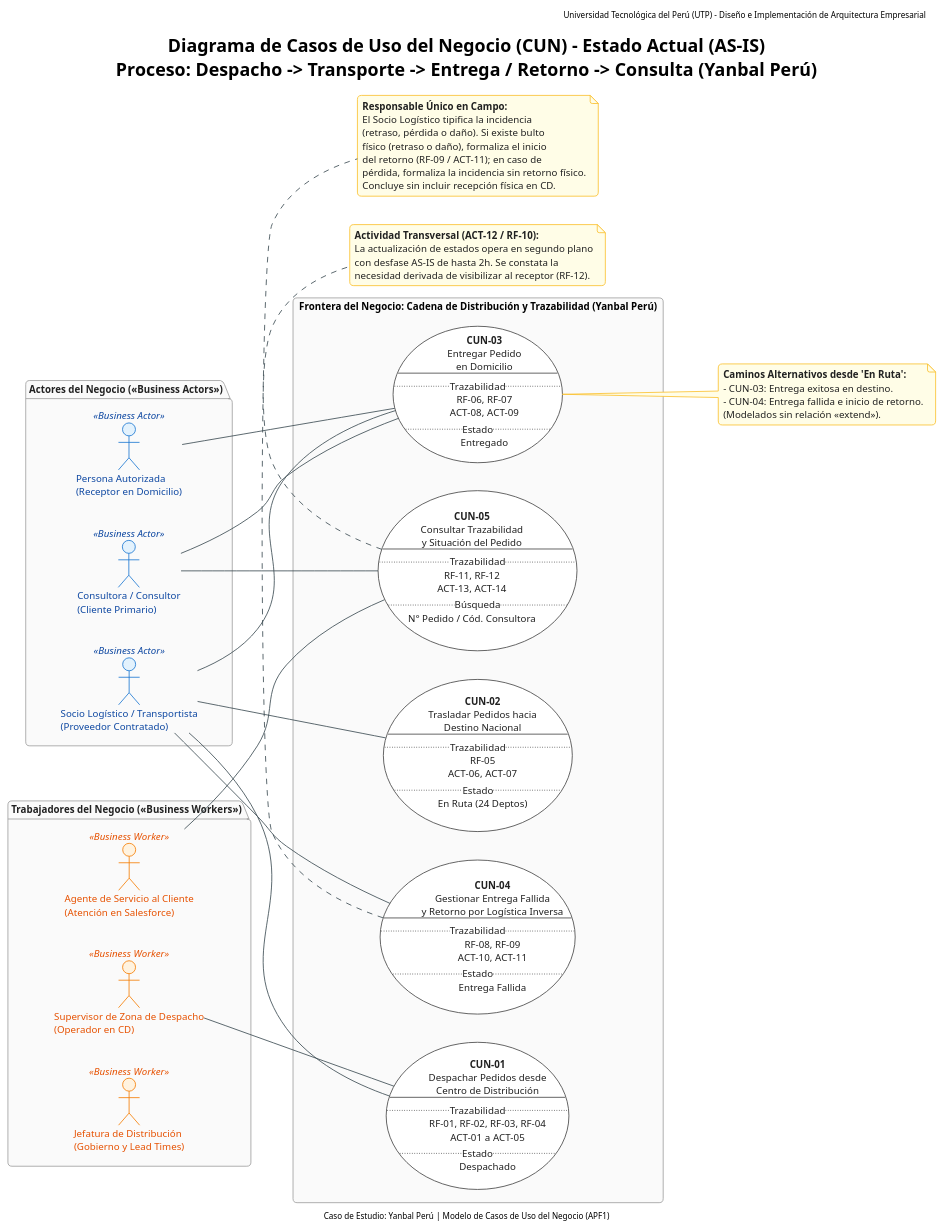
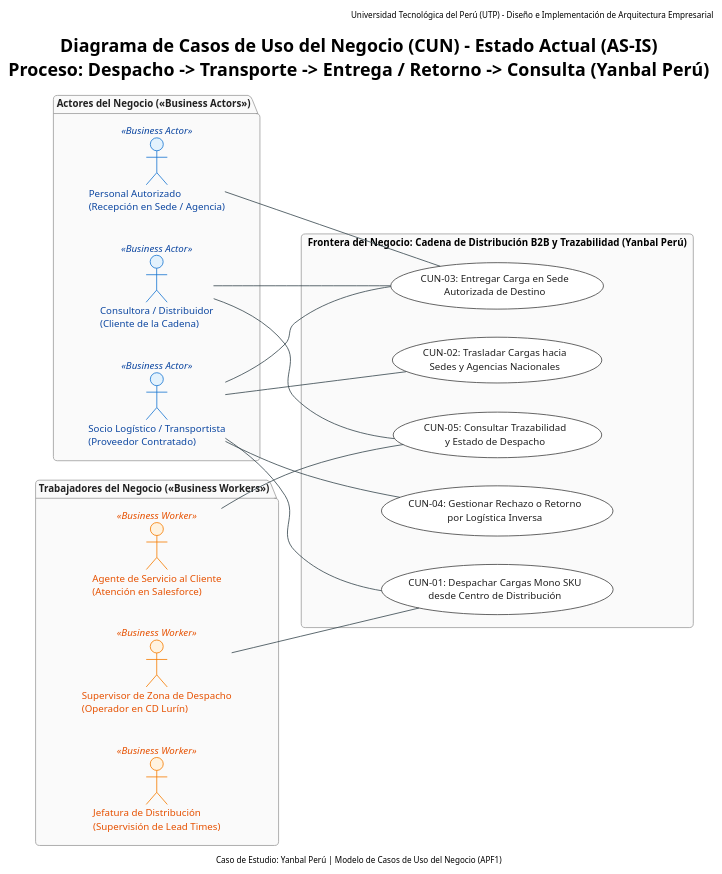
One commit to SaraviaH/arq-emp changed the fourth of 4 diagrams in arq-emp AS-IS/Diagrama de Casos de Uso del Negocio (CUN)/01 - Diagrama General de Casos de Uso del Negocio (CUN).md. Above: the diagram before and after it, drawn with PlantUML. The commit also changed other lines of this file and 36 other files, not shown here.

````diff
--- a/arq-emp AS-IS/Diagrama de Casos de Uso del Negocio (CUN)/01 - Diagrama General de Casos de Uso del Negocio (CUN).md
+++ b/arq-emp AS-IS/Diagrama de Casos de Uso del Negocio (CUN)/01 - Diagrama General de Casos de Uso del Negocio (CUN).md
@@ -177,5 +177,5 @@
 ```plantuml
-@startuml CUN_Diagrama_General_Yanbal
+@startuml CUN_Diagrama_General
 !theme plain
 skinparam shadowing false
 skinparam roundcorner 10
@@ -207,12 +207,6 @@
     FontColor #212121
 }
 
-skinparam note {
-    BackgroundColor #FFFDE7
-    BorderColor #FBC02D
-    FontColor #212121
-}
-
 left to right direction
 
 header Universidad Tecnológica del Perú (UTP) - Diseño e Implementación de Arquitectura Empresarial
@@ -222,8 +216,8 @@
 ' ACTORES DEL NEGOCIO (EXTERNOS)
 ' =======================================================
 package "Actores del Negocio («Business Actors»)" as PkgActores {
-    actor "Consultora / Consultor\n(Cliente Primario)" as ActorConsultora <<Business Actor>>
-    actor "Persona Autorizada\n(Receptor en Domicilio)" as ActorPersonaAutorizada <<Business Actor>>
+    actor "Consultora / Distribuidor\n(Cliente de la Cadena)" as ActorConsultora <<Business Actor>>
+    actor "Personal Autorizado\n(Recepción en Sede / Agencia)" as ActorPersonaAutorizada <<Business Actor>>
     actor "Socio Logístico / Transportista\n(Proveedor Contratado)" as ActorSocio <<Business Actor>>
 }
 
@@ -231,30 +225,29 @@
 ' TRABAJADORES DEL NEGOCIO (INTERNOS)
 ' =======================================================
 package "Trabajadores del Negocio («Business Workers»)" as PkgTrabajadores {
-    actor "Supervisor de Zona de Despacho\n(Operador en CD)" as WorkerSupervisor <<Business Worker>>
+    actor "Supervisor de Zona de Despacho\n(Operador en CD Lurín)" as WorkerSupervisor <<Business Worker>>
     actor "Agente de Servicio al Cliente\n(Atención en Salesforce)" as WorkerAgente <<Business Worker>>
-    actor "Jefatura de Distribución\n(Gobierno y Lead Times)" as WorkerJefatura <<Business Worker>>
+    actor "Jefatura de Distribución\n(Supervisión de Lead Times)" as WorkerJefatura <<Business Worker>>
 }
 
 ' =======================================================
 ' FRONTERA DEL SISTEMA DEL NEGOCIO (5 CUN)
 ' =======================================================
-rectangle "Frontera del Negocio: Cadena de Distribución y Trazabilidad (Yanbal Perú)" as SistemaNegocio {
+rectangle "Frontera del Negocio: Cadena de Distribución B2B y Trazabilidad (Yanbal Perú)" as SistemaNegocio {
     
-    usecase "<b>CUN-01</b>\nDespachar Pedidos desde\nCentro de Distribución\n---\n..Trazabilidad..\nRF-01, RF-02, RF-03, RF-04\nACT-01 a ACT-05\n..Estado..\nDespachado" as CUN01
+    usecase "CUN-01: Despachar Cargas Mono SKU\ndesde Centro de Distribución" as CUN01
     
-    usecase "<b>CUN-02</b>\nTrasladar Pedidos hacia\nDestino Nacional\n---\n..Trazabilidad..\nRF-05\nACT-06, ACT-07\n..Estado..\nEn Ruta (24 Deptos)" as CUN02
+    usecase "CUN-02: Trasladar Cargas hacia\nSedes y Agencias Nacionales" as CUN02
     
-    usecase "<b>CUN-03</b>\nEntregar Pedido\nen Domicilio\n---\n..Trazabilidad..\nRF-06, RF-07\nACT-08, ACT-09\n..Estado..\nEntregado" as CUN03
+    usecase "CUN-03: Entregar Carga en Sede\nAutorizada de Destino" as CUN03
     
-    usecase "<b>CUN-04</b>\nGestionar Entrega Fallida\ny Retorno por Logística Inversa\n---\n..Trazabilidad..\nRF-08, RF-09\nACT-10, ACT-11\n..Estado..\nEntrega Fallida" as CUN04
+    usecase "CUN-04: Gestionar Rechazo o Retorno\npor Logística Inversa" as CUN04
     
-    usecase "<b>CUN-05</b>\nConsultar Trazabilidad\ny Situación del Pedido\n---\n..Trazabilidad..\nRF-11, RF-12\nACT-13, ACT-14\n..Búsqueda..\nN° Pedido / Cód. Consultora" as CUN05
+    usecase "CUN-05: Consultar Trazabilidad\ny Estado de Despacho" as CUN05
 }
 
 ' =======================================================
 ' RELACIONES DE ASOCIACIÓN (ACTORES <-> CUN)
-' Asociaciones estándar UML (sin direccionalidad de flujo)
 ' =======================================================
 WorkerSupervisor -- CUN01
 ActorSocio -- CUN01
@@ -270,31 +263,6 @@
 ActorConsultora -- CUN05
 WorkerAgente -- CUN05
 
-' Notas de Reglas y Delimitación
-note bottom of CUN04
-  <b>Responsable Único en Campo:</b>
-  El Socio Logístico tipifica la incidencia
-  (retraso, pérdida o daño). Si existe bulto
-  físico (retraso o daño), formaliza el inicio
-  del retorno (RF-09 / ACT-11); en caso de
-  pérdida, formaliza la incidencia sin retorno físico.
-  Concluye sin incluir recepción física en CD.
-end note
-
-note right of CUN03
-  <b>Caminos Alternativos desde 'En Ruta':</b>
-  - CUN-03: Entrega exitosa en destino.
-  - CUN-04: Entrega fallida e inicio de retorno.
-  (Modelados sin relación <<extend>>).
-end note
-
-note bottom of CUN05
-  <b>Actividad Transversal (ACT-12 / RF-10):</b>
-  La actualización de estados opera en segundo plano
-  con desfase AS-IS de hasta 2h. Se constata la
-  necesidad derivada de visibilizar al receptor (RF-12).
-end note
-
 footer Caso de Estudio: Yanbal Perú | Modelo de Casos de Uso del Negocio (APF1)
 
 @enduml
````
